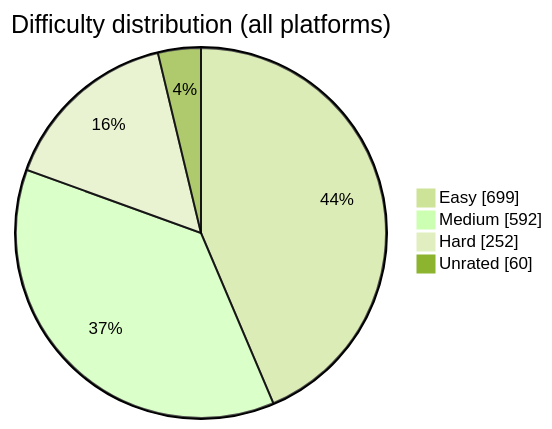
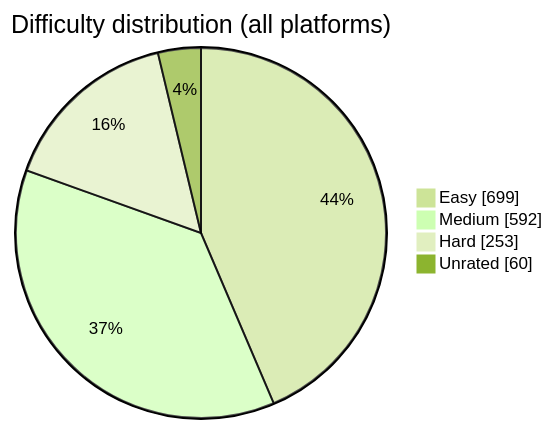
One commit to BuildbyArindam/Daily-Coding-Log changed the diagram in README.md. Above: the diagram before and after it, drawn with Mermaid (forest theme). The commit also changed other lines of this file, not shown here.

````diff
--- a/README.md
+++ b/README.md
@@ -93,7 +93,7 @@
 ```mermaid
 pie showData title Difficulty distribution (all platforms)
     "Easy" : 699
     "Medium" : 592
-    "Hard" : 252
+    "Hard" : 253
     "Unrated" : 60
 ```
````
